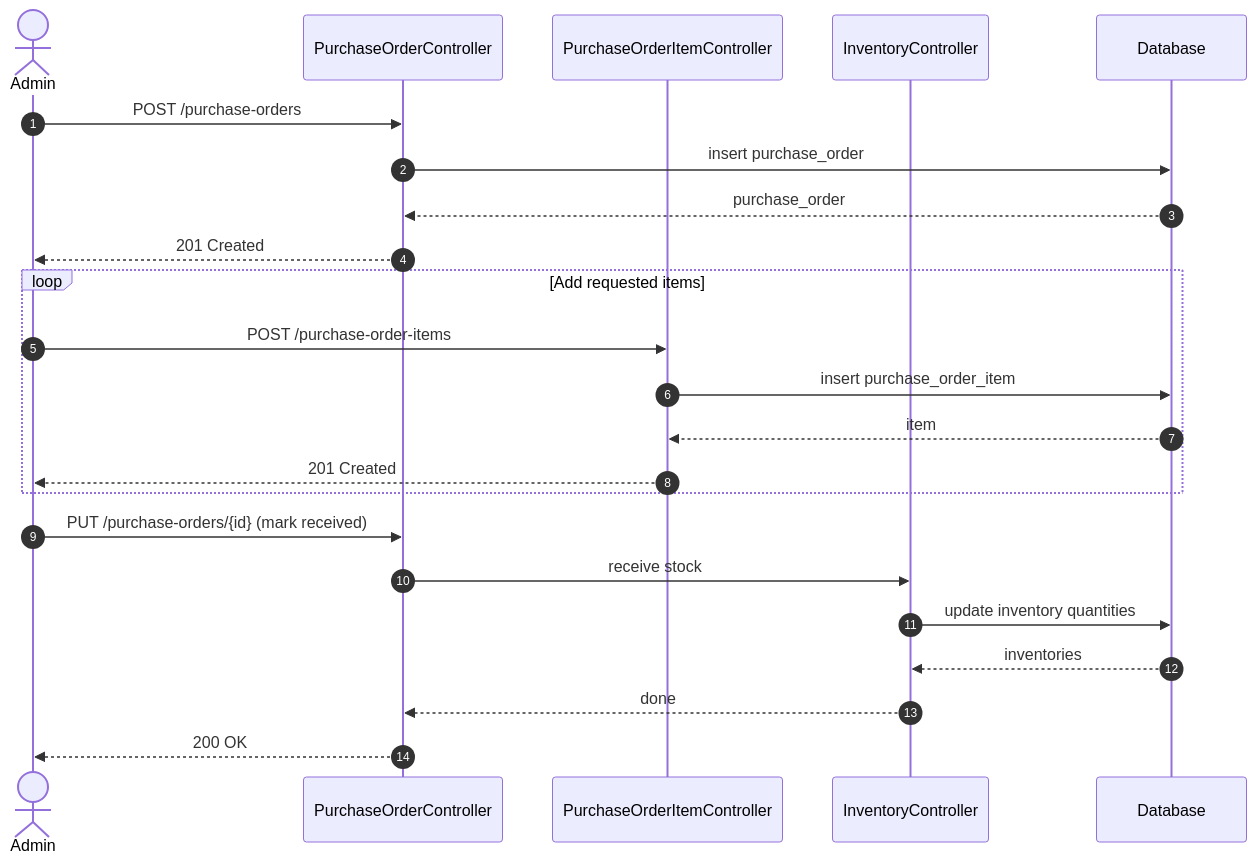
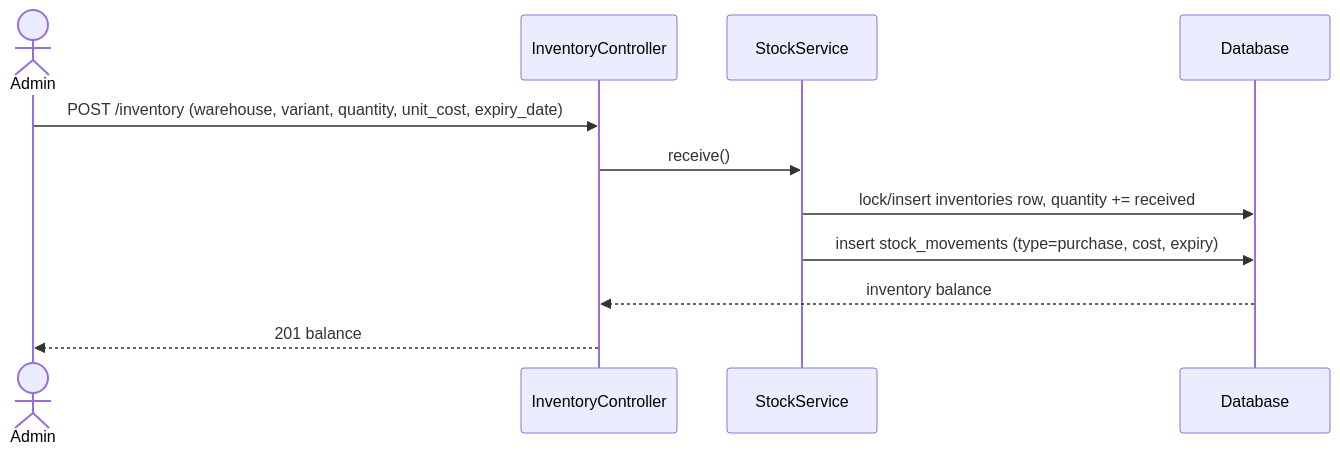
Before and after one commit to WissamAlmsalati/SupplyChainSystem: the second of 3 diagrams in docs/sequence-diagrams.md, drawn with Mermaid. The commit also changed 118 other files, not shown here.

````diff
--- a/docs/sequence-diagrams.md
+++ b/docs/sequence-diagrams.md
@@ -42,28 +42,14 @@
 ```mermaid
 sequenceDiagram
-    autonumber
     actor A as Admin
-    participant PO as PurchaseOrderController
-    participant POI as PurchaseOrderItemController
-    participant I as InventoryController
+    participant INV as InventoryController
+    participant SS as StockService
     participant DB as Database
 
-    A->>PO: POST /purchase-orders
-    PO->>DB: insert purchase_order
-    DB-->>PO: purchase_order
-    PO-->>A: 201 Created
-
-    loop Add requested items
-        A->>POI: POST /purchase-order-items
-        POI->>DB: insert purchase_order_item
-        DB-->>POI: item
-        POI-->>A: 201 Created
-    end
-
-    A->>PO: PUT /purchase-orders/{id} (mark received)
-    PO->>I: receive stock
-    I->>DB: update inventory quantities
-    DB-->>I: inventories
-    I-->>PO: done
-    PO-->>A: 200 OK
+    A->>INV: POST /inventory (warehouse, variant, quantity, unit_cost, expiry_date)
+    INV->>SS: receive()
+    SS->>DB: lock/insert inventories row, quantity += received
+    SS->>DB: insert stock_movements (type=purchase, cost, expiry)
+    DB-->>INV: inventory balance
+    INV-->>A: 201 balance
 ```
````
